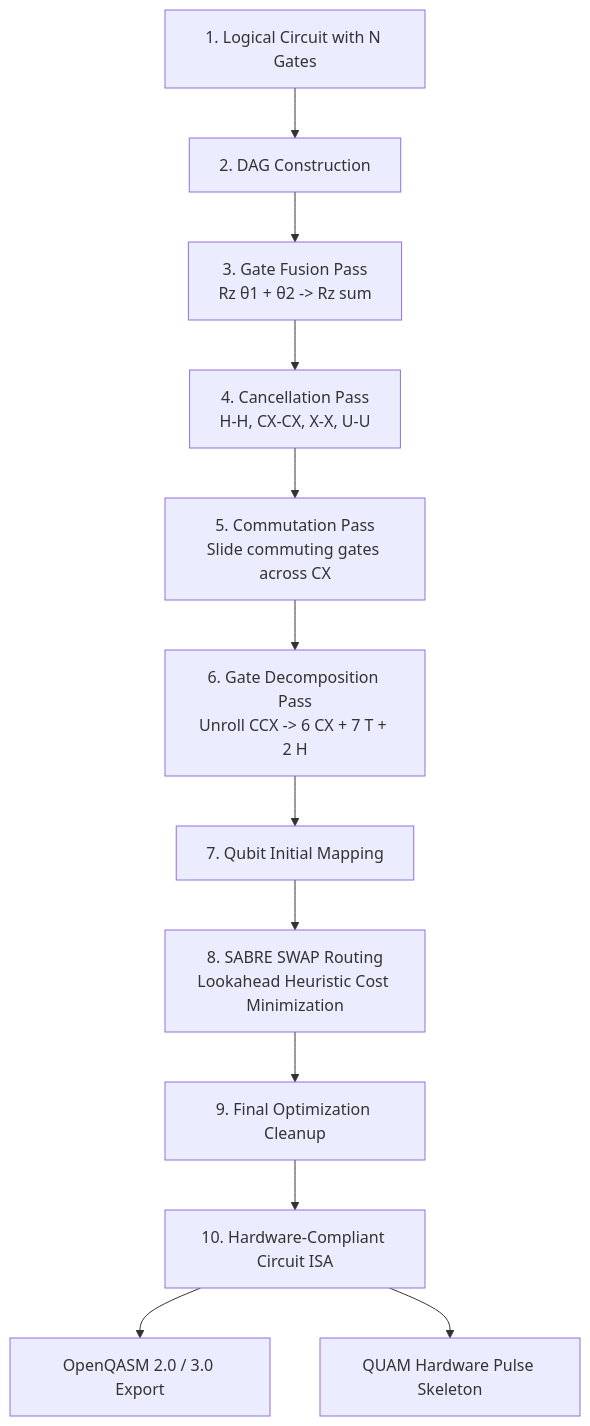
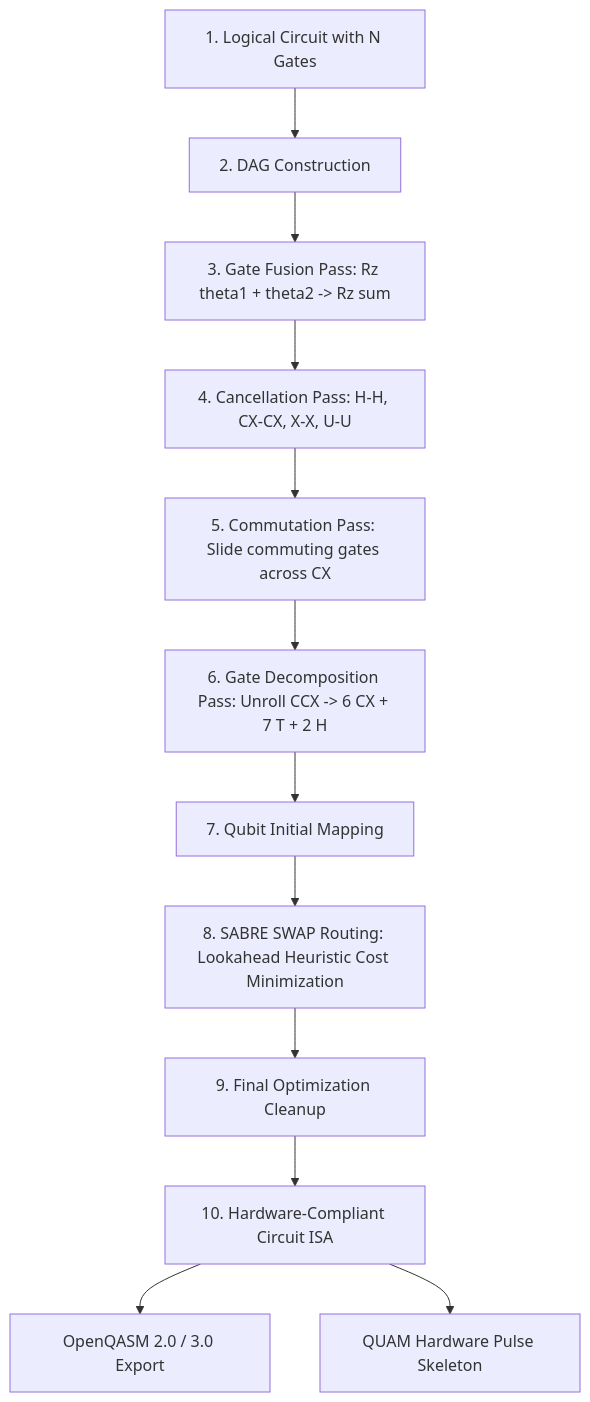
One commit to Babin123456/Quantum-Circuit-Optimizer changed the diagram in README.md. Above: the diagram before and after it, drawn with Mermaid. The commit also changed other lines of this file, not shown here.

````diff
--- a/README.md
+++ b/README.md
@@ -74,14 +73,14 @@
 ```mermaid
 flowchart TD
     In[1. Logical Circuit with N Gates] --> DAG[2. DAG Construction]
-    DAG --> Fusion[3. Gate Fusion Pass\nRz θ1 + θ2 -> Rz sum]
-    Fusion --> Cancel[4. Cancellation Pass\nH-H, CX-CX, X-X, U-U]
-    Cancel --> Commute[5. Commutation Pass\nSlide commuting gates across CX]
-    Commute --> Decomp[6. Gate Decomposition Pass\nUnroll CCX -> 6 CX + 7 T + 2 H]
+    DAG --> Fusion[3. Gate Fusion Pass: Rz theta1 + theta2 -> Rz sum]
+    Fusion --> Cancel[4. Cancellation Pass: H-H, CX-CX, X-X, U-U]
+    Cancel --> Commute[5. Commutation Pass: Slide commuting gates across CX]
+    Commute --> Decomp[6. Gate Decomposition Pass: Unroll CCX -> 6 CX + 7 T + 2 H]
     Decomp --> Mapping[7. Qubit Initial Mapping]
-    Mapping --> SABRE[8. SABRE SWAP Routing\nLookahead Heuristic Cost Minimization]
+    Mapping --> SABRE[8. SABRE SWAP Routing: Lookahead Heuristic Cost Minimization]
     SABRE --> FinalOpt[9. Final Optimization Cleanup]
     FinalOpt --> Out[10. Hardware-Compliant Circuit ISA]
     Out --> QASM[OpenQASM 2.0 / 3.0 Export]
     Out --> QUAM[QUAM Hardware Pulse Skeleton]
 ```
````
